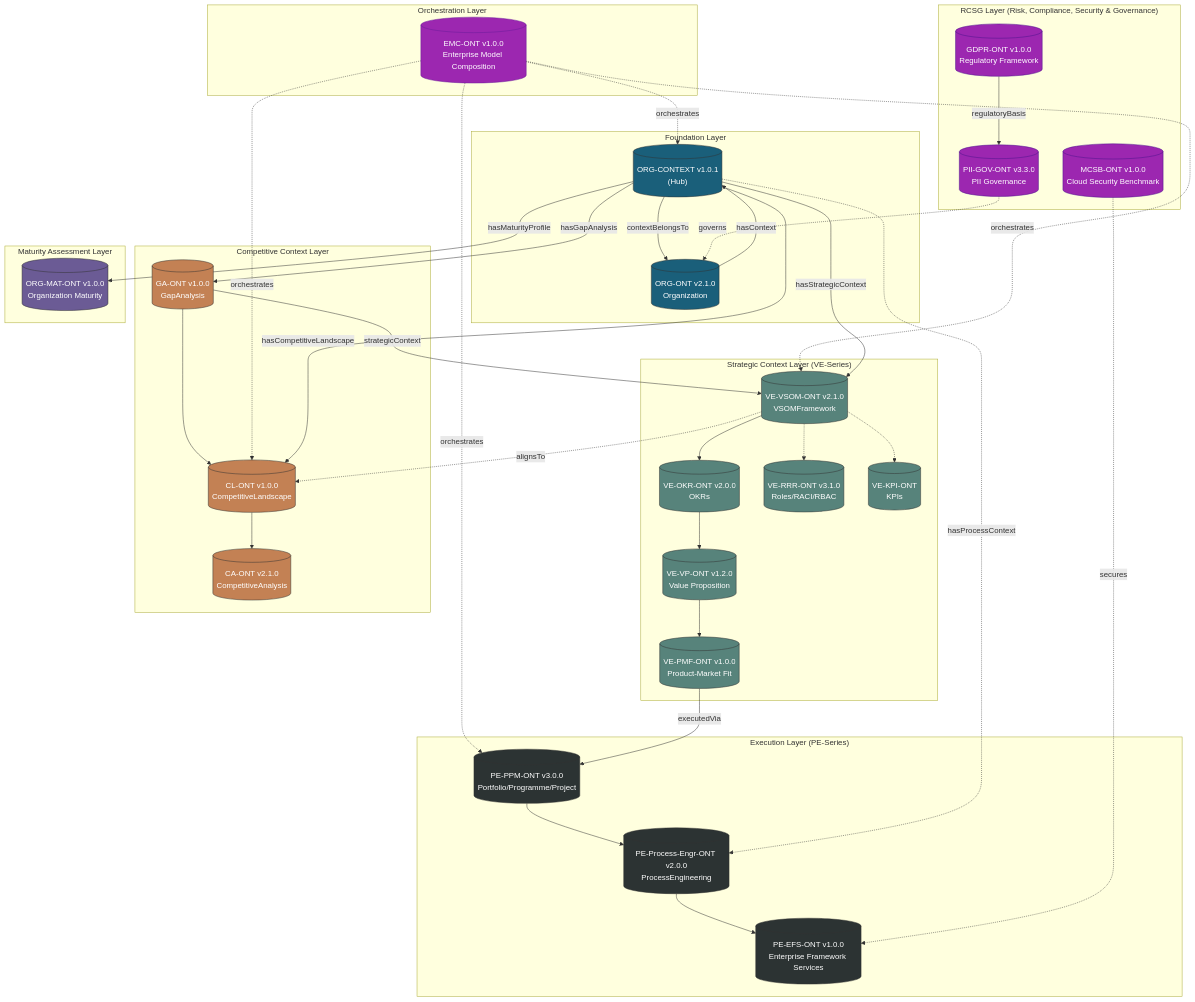
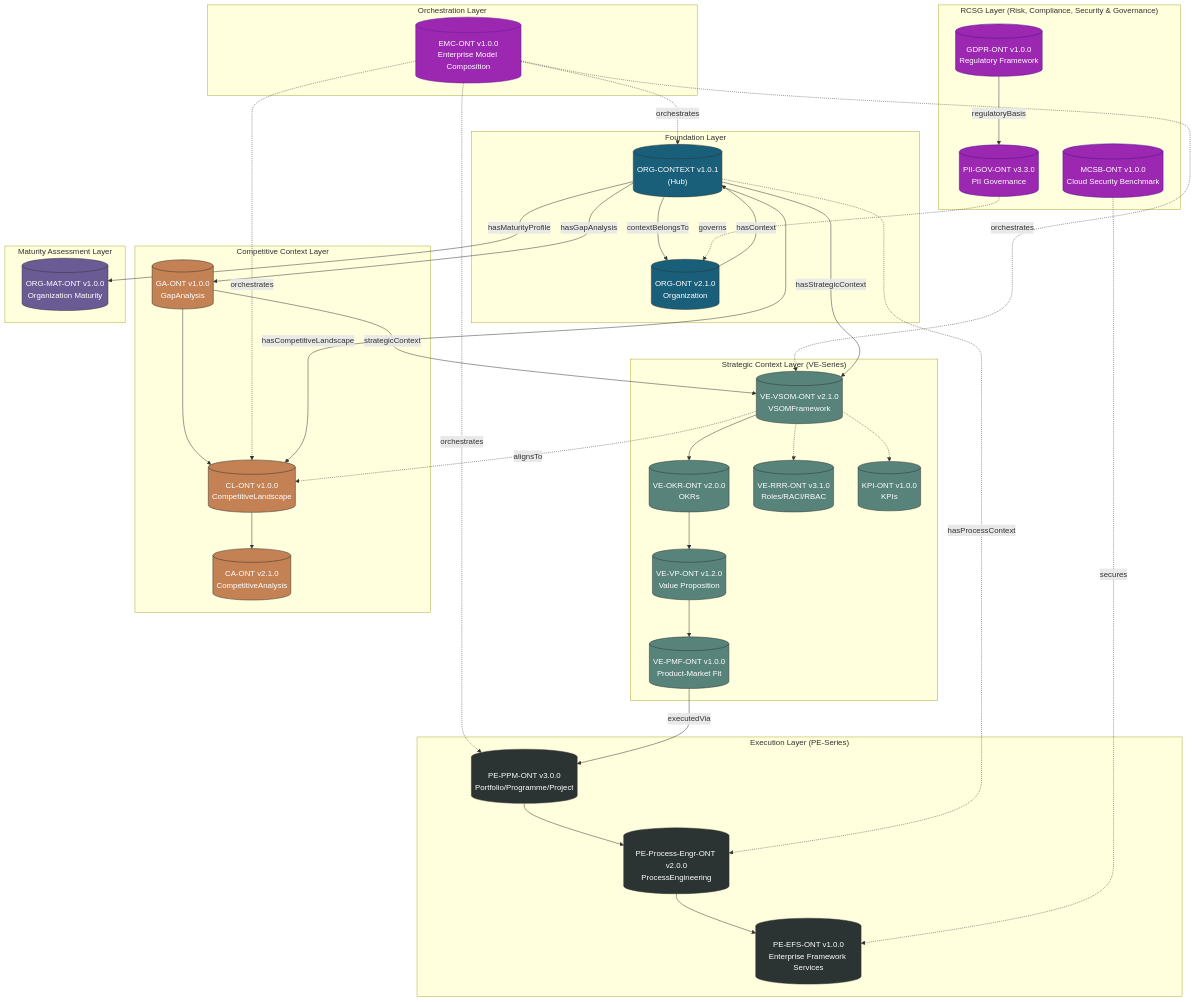
Before and after one commit to ajrmooreuk/Azlan-EA-AAA: diagram 14 of 17 in PBS/ONTOLOGIES/ONTOLOGY-ARCHITECTURE.md, drawn with Mermaid. The commit also changed other lines of this file and 10 other files, not shown here.

```diff
--- a/PBS/ONTOLOGIES/ONTOLOGY-ARCHITECTURE.md
+++ b/PBS/ONTOLOGIES/ONTOLOGY-ARCHITECTURE.md
@@ -782,7 +794,7 @@
         VP[("VE-VP-ONT v1.2.0<br/>Value Proposition")]
         RRR[("VE-RRR-ONT v3.1.0<br/>Roles/RACI/RBAC")]
         PMF[("VE-PMF-ONT v1.0.0<br/>Product-Market Fit")]
-        KPI[("VE-KPI-ONT<br/>KPIs")]
+        KPI[("KPI-ONT v1.0.0<br/>KPIs")]
 
         VSOM --> OKR
         OKR --> VP
```
